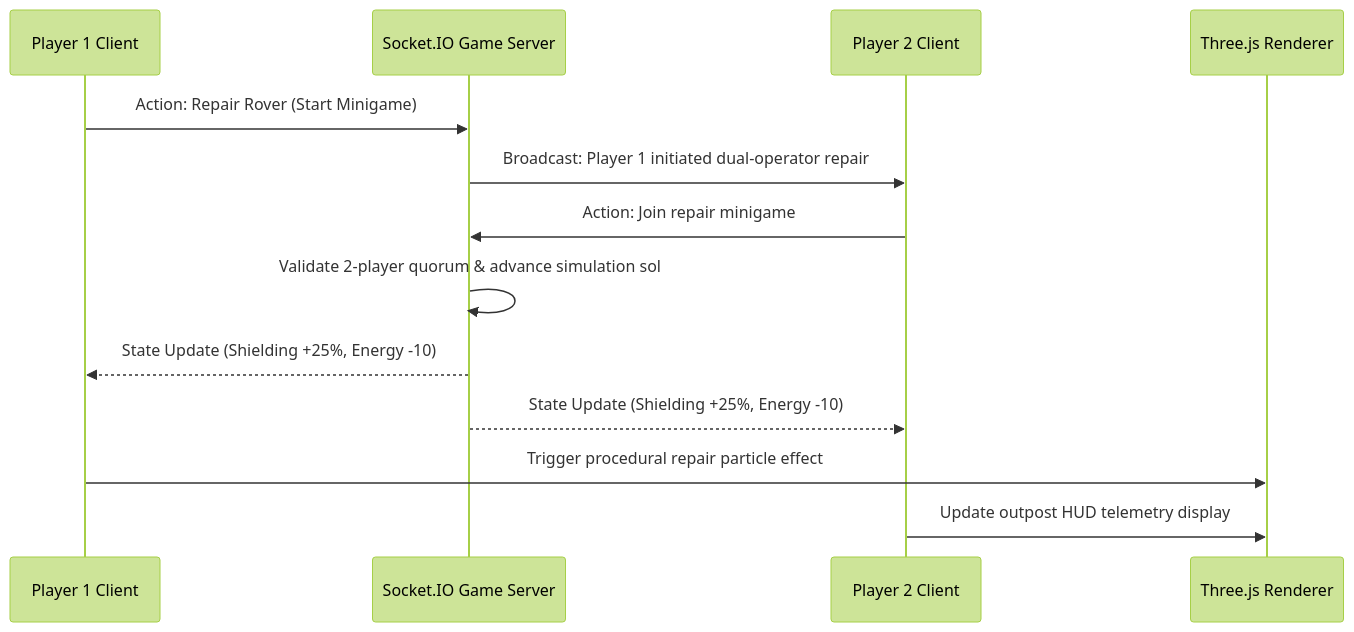
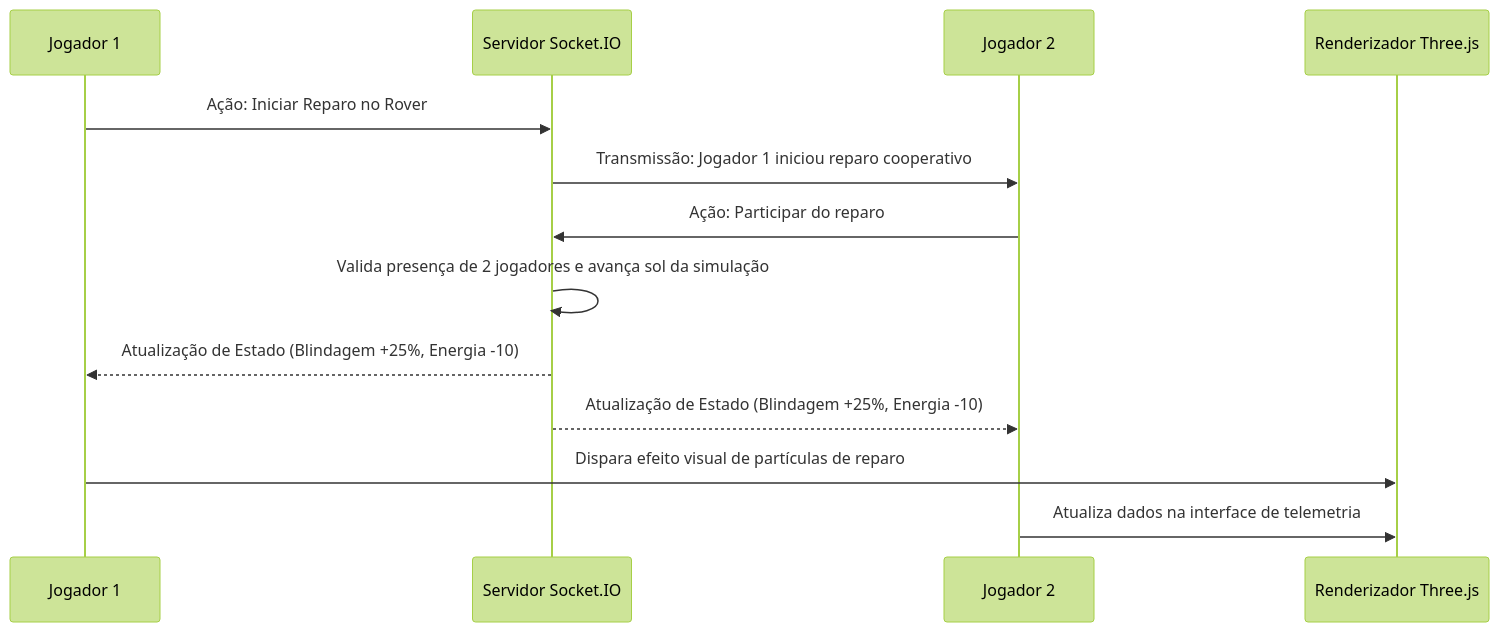
Before and after one commit to Fcsscoder/case-studies: the second of 2 diagrams in 3d-graphics-and-simulation/multiplayer-space-flight-simulation/README.md, drawn with Mermaid (forest theme). The commit also changed other lines of this file and 21 other files, not shown here.

````diff
--- a/3d-graphics-and-simulation/multiplayer-space-flight-simulation/README.md
+++ b/3d-graphics-and-simulation/multiplayer-space-flight-simulation/README.md
@@ -36,16 +36,16 @@
 ```mermaid
 sequenceDiagram
-    participant P1 as Player 1 Client
-    participant Server as Socket.IO Game Server
-    participant P2 as Player 2 Client
-    participant Three as Three.js Renderer
+    participant P1 as Jogador 1
+    participant Server as Servidor Socket.IO
+    participant P2 as Jogador 2
+    participant Three as Renderizador Three.js
 
-    P1->>Server: Action: Repair Rover (Start Minigame)
-    Server->>P2: Broadcast: Player 1 initiated dual-operator repair
-    P2->>Server: Action: Join repair minigame
-    Server->>Server: Validate 2-player quorum & advance simulation sol
-    Server-->>P1: State Update (Shielding +25%, Energy -10)
-    Server-->>P2: State Update (Shielding +25%, Energy -10)
-    P1->>Three: Trigger procedural repair particle effect
-    P2->>Three: Update outpost HUD telemetry display
+    P1->>Server: Ação: Iniciar Reparo no Rover
+    Server->>P2: Transmissão: Jogador 1 iniciou reparo cooperativo
+    P2->>Server: Ação: Participar do reparo
+    Server->>Server: Valida presença de 2 jogadores e avança sol da simulação
+    Server-->>P1: Atualização de Estado (Blindagem +25%, Energia -10)
+    Server-->>P2: Atualização de Estado (Blindagem +25%, Energia -10)
+    P1->>Three: Dispara efeito visual de partículas de reparo
+    P2->>Three: Atualiza dados na interface de telemetria
 ```
````
